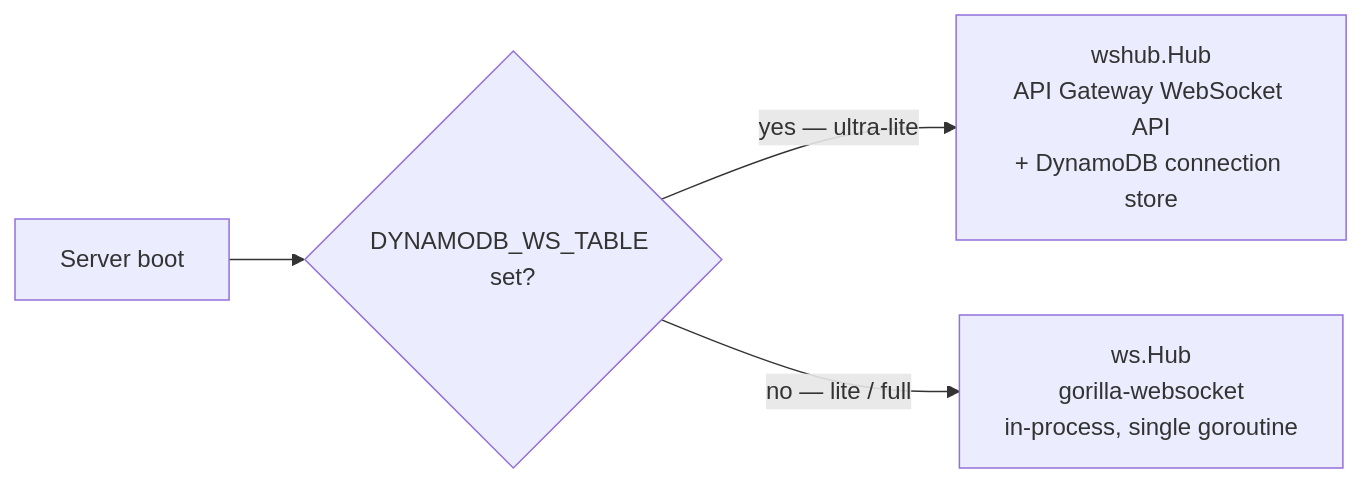
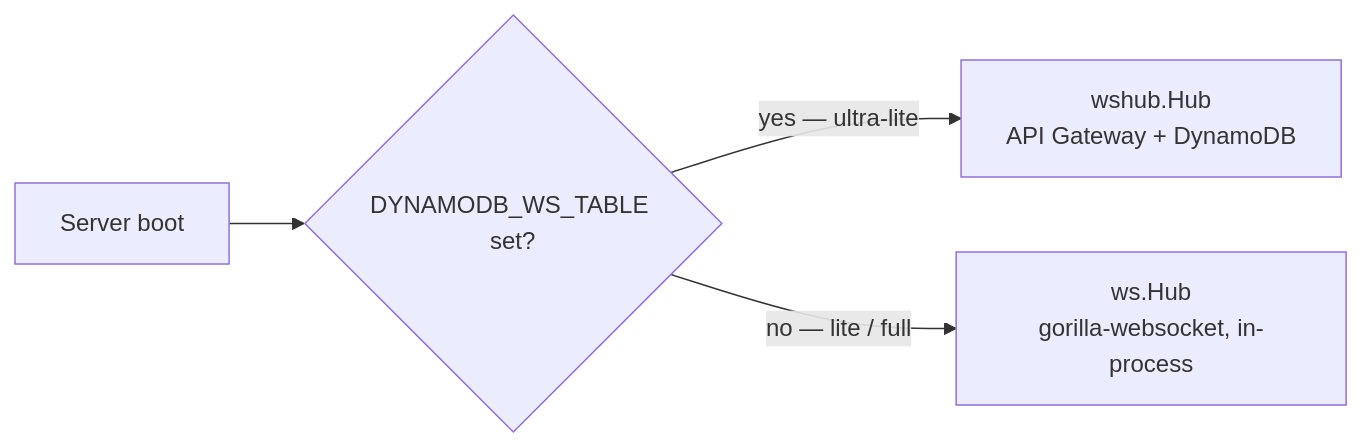
One commit to jwhigham93/Globify changed the fifth of 6 diagrams in ENGINEERING_NOTES.md. Above: the diagram before and after it, drawn with Mermaid. The commit also changed other lines of this file and 4 other files, not shown here.

First line of the commit message:
docs: cross-link READMEs and document ultra-lite's API Gateway/DynamoDB pivot

````diff
--- a/ENGINEERING_NOTES.md
+++ b/ENGINEERING_NOTES.md
@@ -66,6 +224,6 @@
 ```mermaid
 flowchart LR
     Boot["Server boot"] --> Check{"DYNAMODB_WS_TABLE set?"}
-    Check -->|"yes — ultra-lite"| DDB["wshub.Hub\nAPI Gateway WebSocket API\n+ DynamoDB connection store"]
-    Check -->|"no — lite / full"| Gorilla["ws.Hub\ngorilla-websocket\nin-process, single goroutine"]
+    Check -->|yes — ultra-lite| DDB["wshub.Hub<br/>API Gateway + DynamoDB"]
+    Check -->|no — lite / full| Gorilla["ws.Hub<br/>gorilla-websocket, in-process"]
 ```
````
